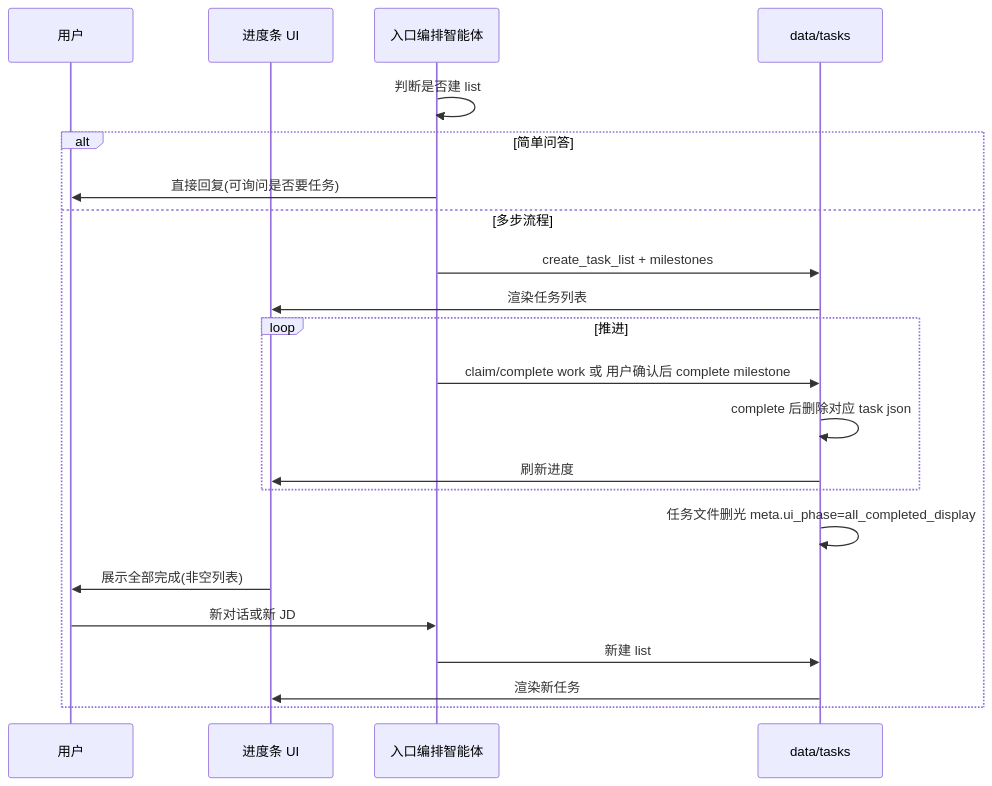
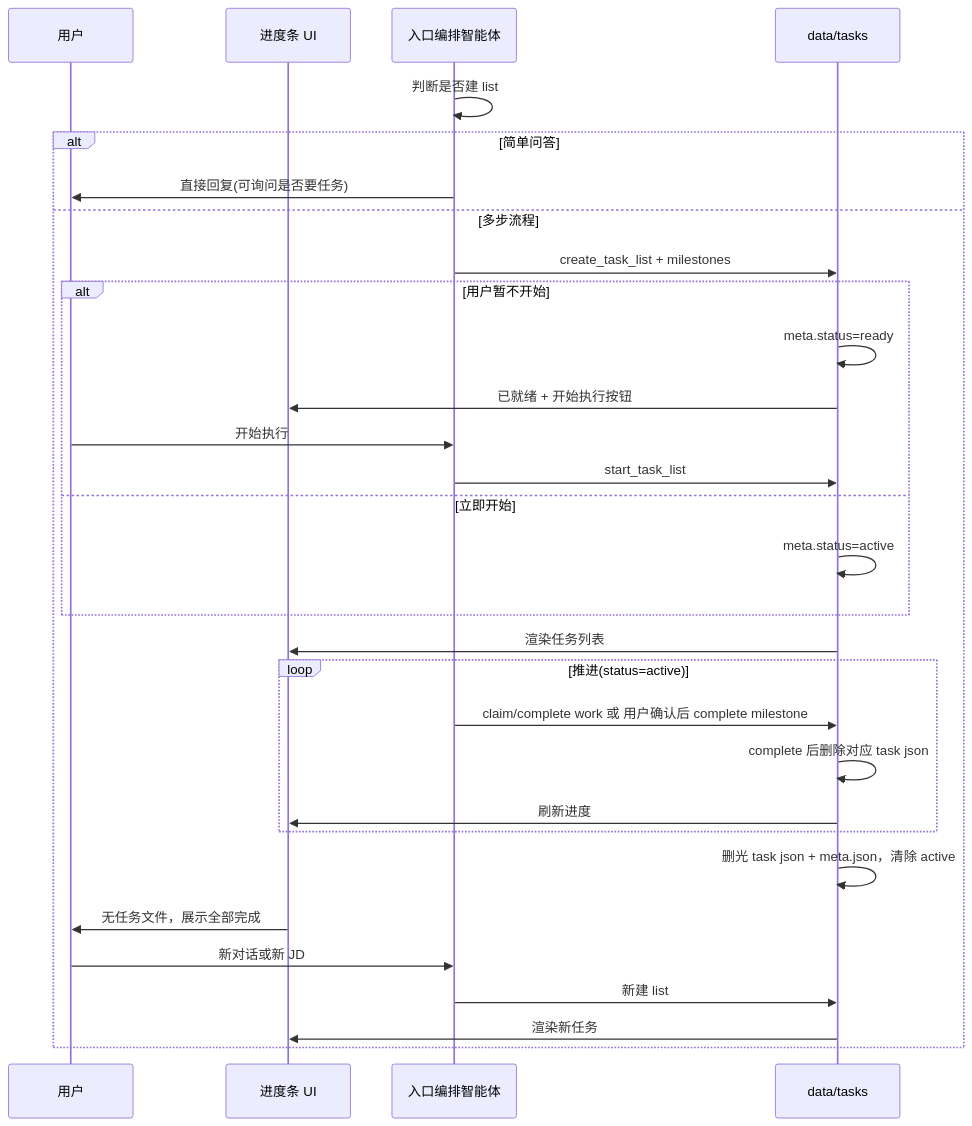
The diagram in docs/prd/A02. 机制-任务系统 PRD.md (CatNum/AI-Optimized-Resume-V2), drawn with Mermaid before and after one commit. The commit also changed other lines of this file and 15 other files, not shown here.

````diff
--- a/docs/prd/A02. 机制-任务系统 PRD.md
+++ b/docs/prd/A02. 机制-任务系统 PRD.md
@@ -182,25 +208,33 @@
 ```mermaid
 sequenceDiagram
   participant U as 用户
   participant UI as 进度条 UI
   participant M as 入口编排智能体
   participant T as data/tasks
 
   M->>M: 判断是否建 list
   alt 简单问答
     M->>U: 直接回复(可询问是否要任务)
   else 多步流程
     M->>T: create_task_list + milestones
+    alt 用户暂不开始
+      T->>T: meta.status=ready
+      T->>UI: 已就绪 + 开始执行按钮
+      U->>M: 开始执行
+      M->>T: start_task_list
+    else 立即开始
+      T->>T: meta.status=active
+    end
     T->>UI: 渲染任务列表
-    loop 推进
+    loop 推进(status=active)
       M->>T: claim/complete work 或 用户确认后 complete milestone
       T->>T: complete 后删除对应 task json
       T->>UI: 刷新进度
     end
-    T->>T: 任务文件删光 meta.ui_phase=all_completed_display
-    UI->>U: 展示全部完成(非空列表)
+    T->>T: 删光 task json + meta.json，清除 active
+    UI->>U: 无任务文件，展示全部完成
     U->>M: 新对话或新 JD
     M->>T: 新建 list
     T->>UI: 渲染新任务
   end
 ```
````
